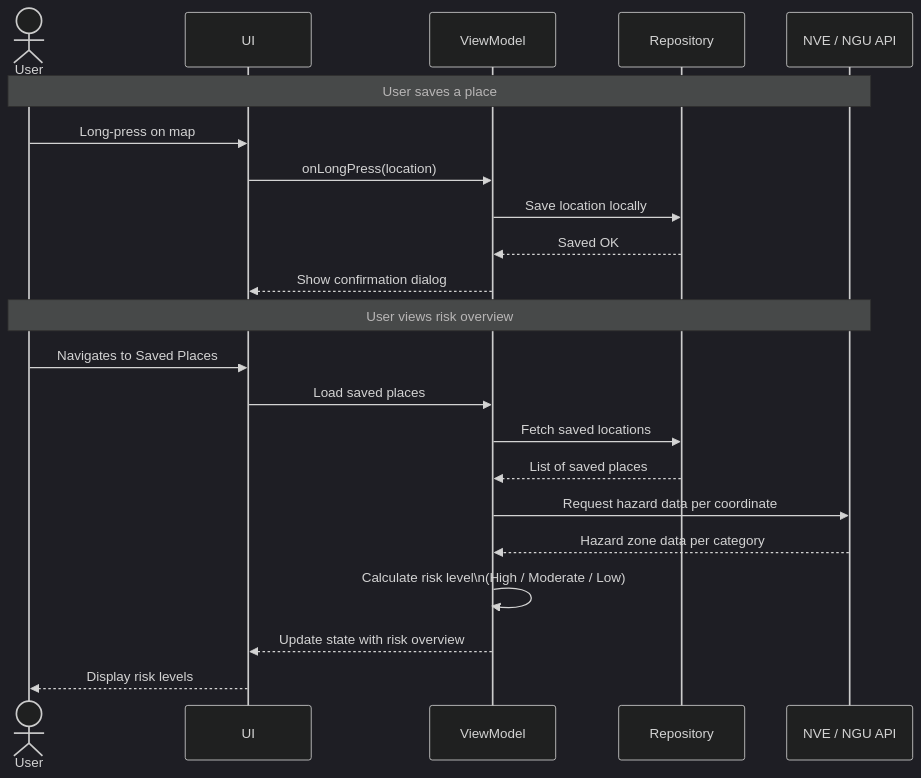
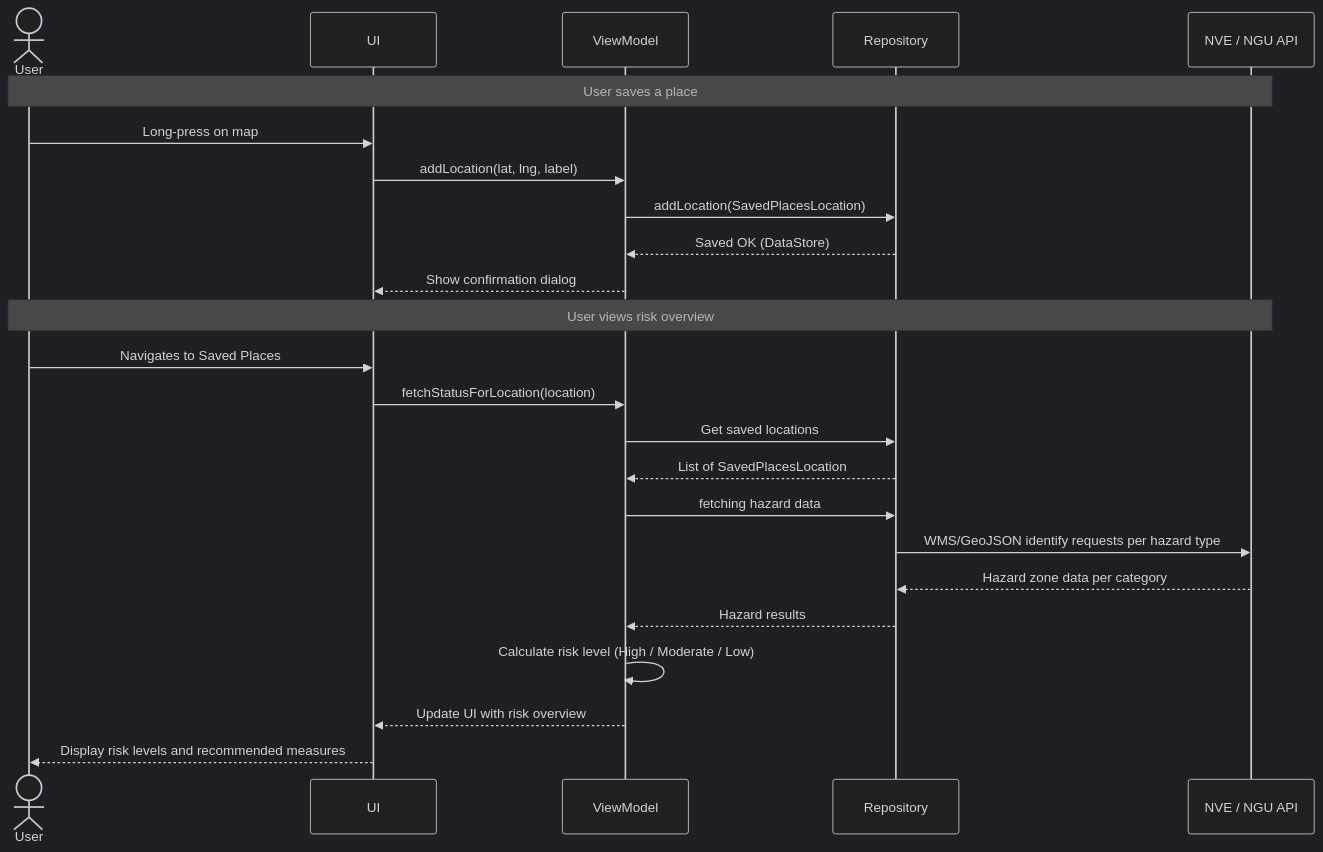
One commit to Dannevanne/klima-app changed the second of 3 diagrams in MODELING.md. Above: the diagram before and after it, drawn with Mermaid (dark theme).

Commit message:
fix: message labels on diagram 2

````diff
--- a/MODELING.md
+++ b/MODELING.md
@@ -98,26 +98,28 @@
 ```mermaid
 sequenceDiagram
     actor User
     participant UI
     participant ViewModel
     participant Repository
     participant NVE_NGU as NVE / NGU API
  
     Note over User, NVE_NGU: User saves a place
     User->>UI: Long-press on map
-    UI->>ViewModel: onLongPress(location)
-    ViewModel->>Repository: Save location locally
-    Repository-->>ViewModel: Saved OK
+    UI->>ViewModel: addLocation(lat, lng, label)
+    ViewModel->>Repository: addLocation(SavedPlacesLocation)
+    Repository-->>ViewModel: Saved OK (DataStore)
     ViewModel-->>UI: Show confirmation dialog
  
     Note over User, NVE_NGU: User views risk overview
     User->>UI: Navigates to Saved Places
-    UI->>ViewModel: Load saved places
-    ViewModel->>Repository: Fetch saved locations
-    Repository-->>ViewModel: List of saved places
-    ViewModel->>NVE_NGU: Request hazard data per coordinate
-    NVE_NGU-->>ViewModel: Hazard zone data per category
-    ViewModel->>ViewModel: Calculate risk level\n(High / Moderate / Low)
-    ViewModel-->>UI: Update state with risk overview
-    UI-->>User: Display risk levels
+    UI->>ViewModel: fetchStatusForLocation(location)
+    ViewModel->>Repository: Get saved locations
+    Repository-->>ViewModel: List of SavedPlacesLocation
+    ViewModel->>Repository: fetching hazard data
+    Repository->>NVE_NGU: WMS/GeoJSON identify requests per hazard type
+    NVE_NGU-->>Repository: Hazard zone data per category
+    Repository-->>ViewModel: Hazard results
+    ViewModel->>ViewModel: Calculate risk level (High / Moderate / Low)
+    ViewModel-->>UI: Update UI with risk overview
+    UI-->>User: Display risk levels and recommended measures
 ```
````
